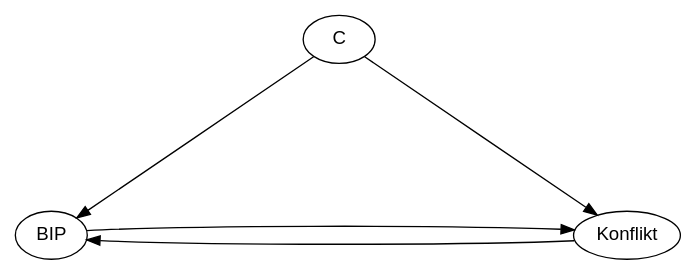
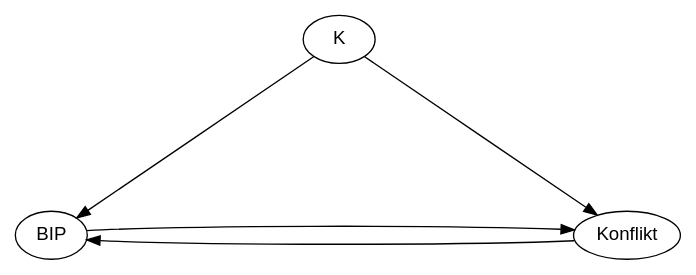
The fourth of 5 diagrams in IV.qmd (mca91/kasa_book), drawn with Graphviz before and after one commit. The commit also changed other lines of this file and 47 other files, not shown here.

````diff
--- a/IV.qmd
+++ b/IV.qmd
@@ -414,20 +785,20 @@
 ```{dot}
 //| fig-width: 6
 //| fig-height: 4
 //| fig-align: 'center'
 //| fig-cap: "Simultane Kausalität zw. Kriegsrisiko und Wirtschaftslage"
 //| label: "fig-IVDAGrain1" 
 digraph IV_DAG {
   layout=neato
   fontname="Helvetica,Arial,sans-serif"
   node [fontname="Helvetica,Arial,sans-serif"]
   edge [fontname="Helvetica,Arial,sans-serif"]
-  C [pos="3,5"];
+  K [pos="3,5"];
   BIP [pos="0,0!"];
   Konflikt [pos="6,0!"];
-  C -> BIP; 
-  C -> Konflikt; 
+  K -> BIP; 
+  K -> Konflikt; 
   BIP -> Konflikt;
   Konflikt -> BIP;
 }
 ```
````
